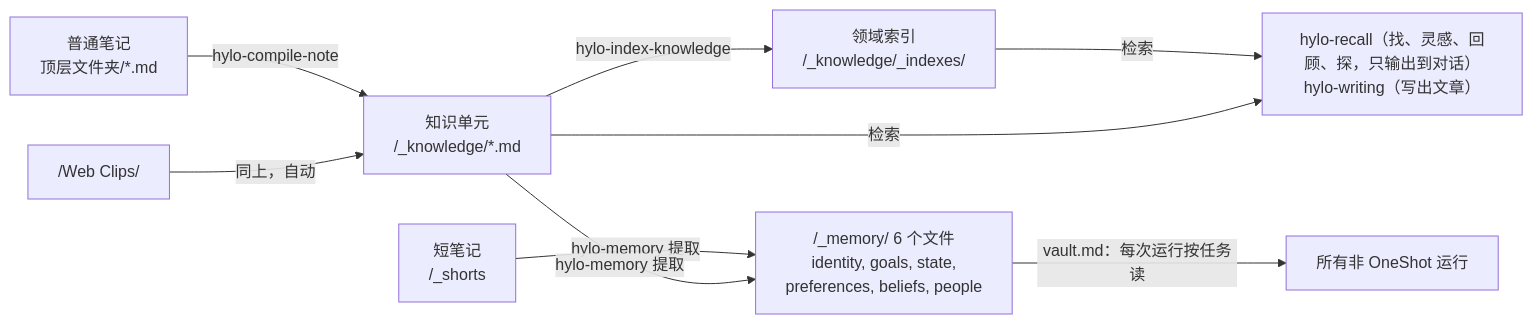
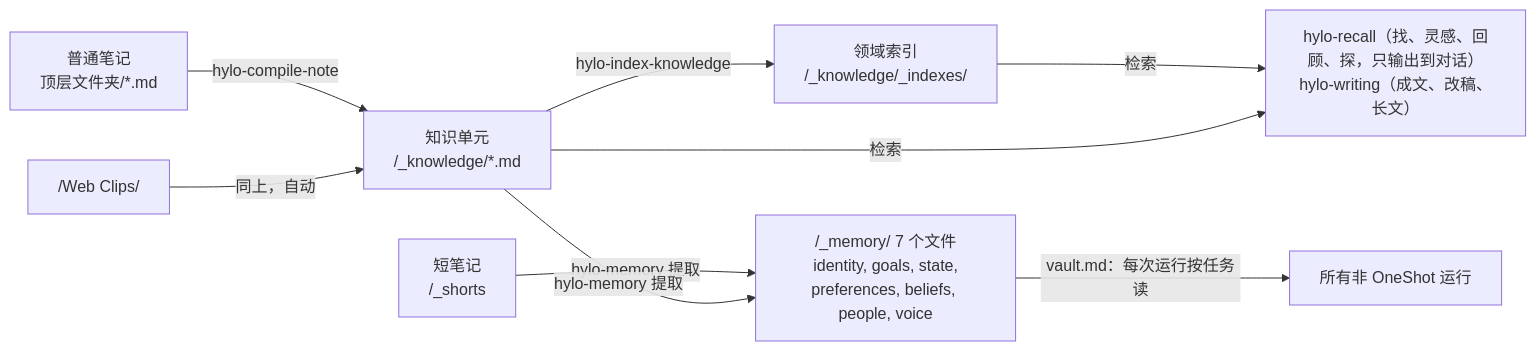
Before and after one commit to skoowoo/hylo: the fifth of 6 diagrams in docs/prompt-skills-architecture.md, drawn with Mermaid. The commit also changed other lines of this file and 57 other files, not shown here.

Commit message:
Make hylo-writing a built-in skill, tighten prompts and skills, and fix glued reply text and choices card jitter

````diff
--- a/docs/prompt-skills-architecture.md
+++ b/docs/prompt-skills-architecture.md
@@ -186,10 +189,10 @@
 ```mermaid
 flowchart LR
     N["普通笔记<br/>顶层文件夹/*.md"] -->|hylo-compile-note| K["知识单元<br/>/_knowledge/*.md"]
     WC["/Web Clips/"] -->|同上，自动| K
     K -->|hylo-index-knowledge| I["领域索引<br/>/_knowledge/_indexes/"]
-    SN["短笔记<br/>/_shorts"] -->|hylo-memory 提取| MEM["/_memory/ 6 个文件<br/>identity, goals, state,<br/>preferences, beliefs, people"]
+    SN["短笔记<br/>/_shorts"] -->|hylo-memory 提取| MEM["/_memory/ 7 个文件<br/>identity, goals, state,<br/>preferences, beliefs, people, voice"]
     K -->|hylo-memory 提取| MEM
     MEM -->|vault.md：每次运行按任务读| ALL[所有非 OneShot 运行]
-    I & K -->|检索| RW["hylo-recall（找、灵感、回顾、探，只输出到对话）<br/>hylo-writing（写出文章）"]
+    I & K -->|检索| RW["hylo-recall（找、灵感、回顾、探，只输出到对话）<br/>hylo-writing（成文、改稿、长文）"]
 ```
````
